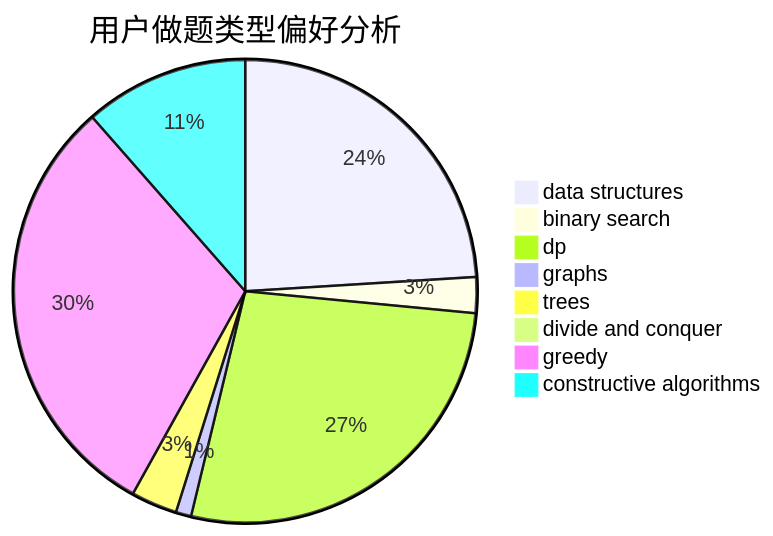
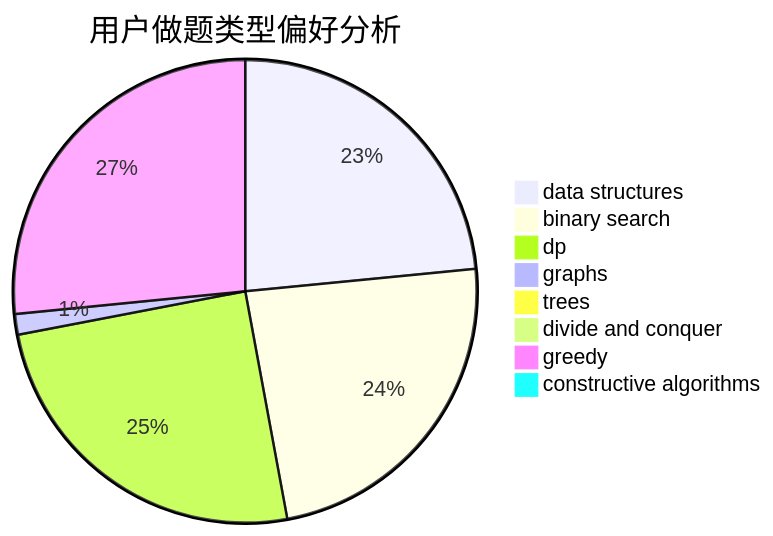
One commit to sherpahu/cfrs.github.io changed the second of 3 diagrams in docs/user/u1836.md. Above: the diagram before and after it, drawn with Mermaid. The commit also changed other lines of this file and 2770 other files, not shown here.

````diff
--- a/docs/user/u1836.md
+++ b/docs/user/u1836.md
@@ -23,11 +23,11 @@
 ```mermaid
 pie title 用户做题类型偏好分析
-    "data structures" :  67
-    "binary search" :  7
-    "dp" :  76
-    "graphs" :  3
-    "trees" :  9
+    "data structures" :  391
+    "binary search" :  394
+    "dp" :  415
+    "graphs" :  24
+    "trees" :  0
     "divide and conquer" :  0
-    "greedy" :  85
-    "constructive algorithms" :  32
+    "greedy" :  443
+    "constructive algorithms" :  3
 ```
````
